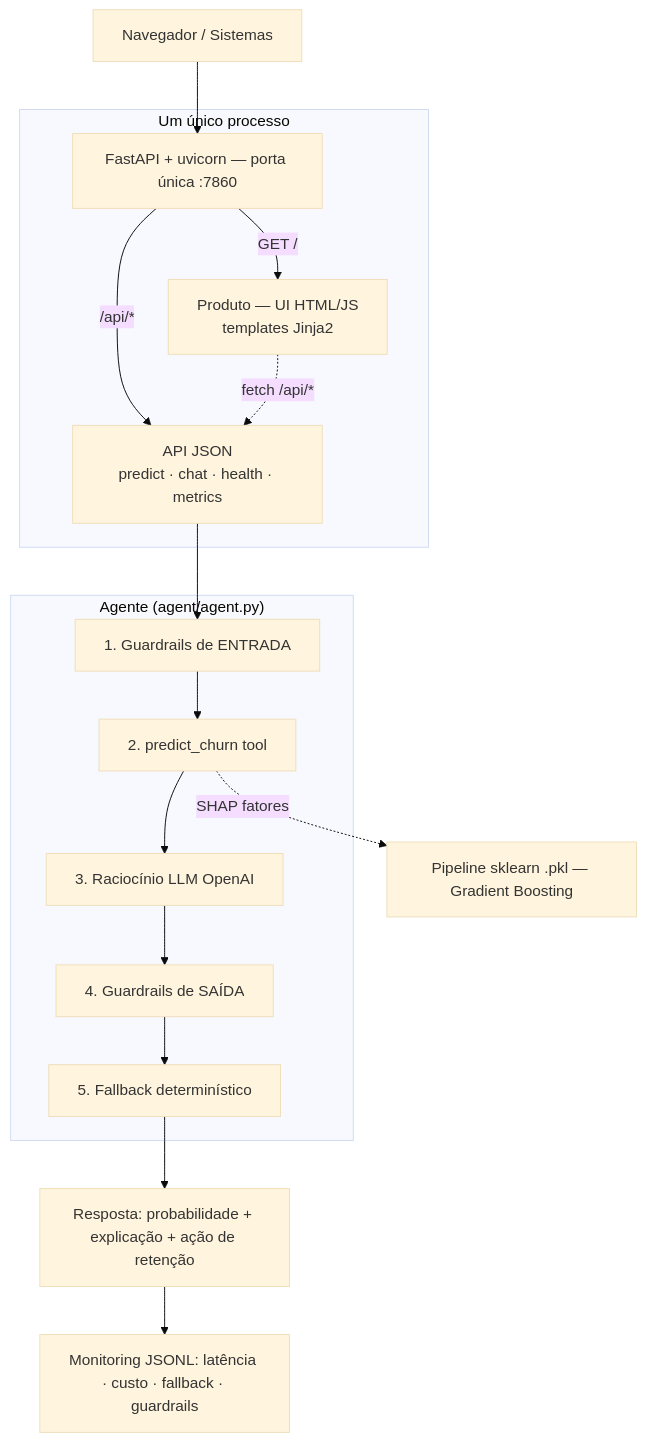
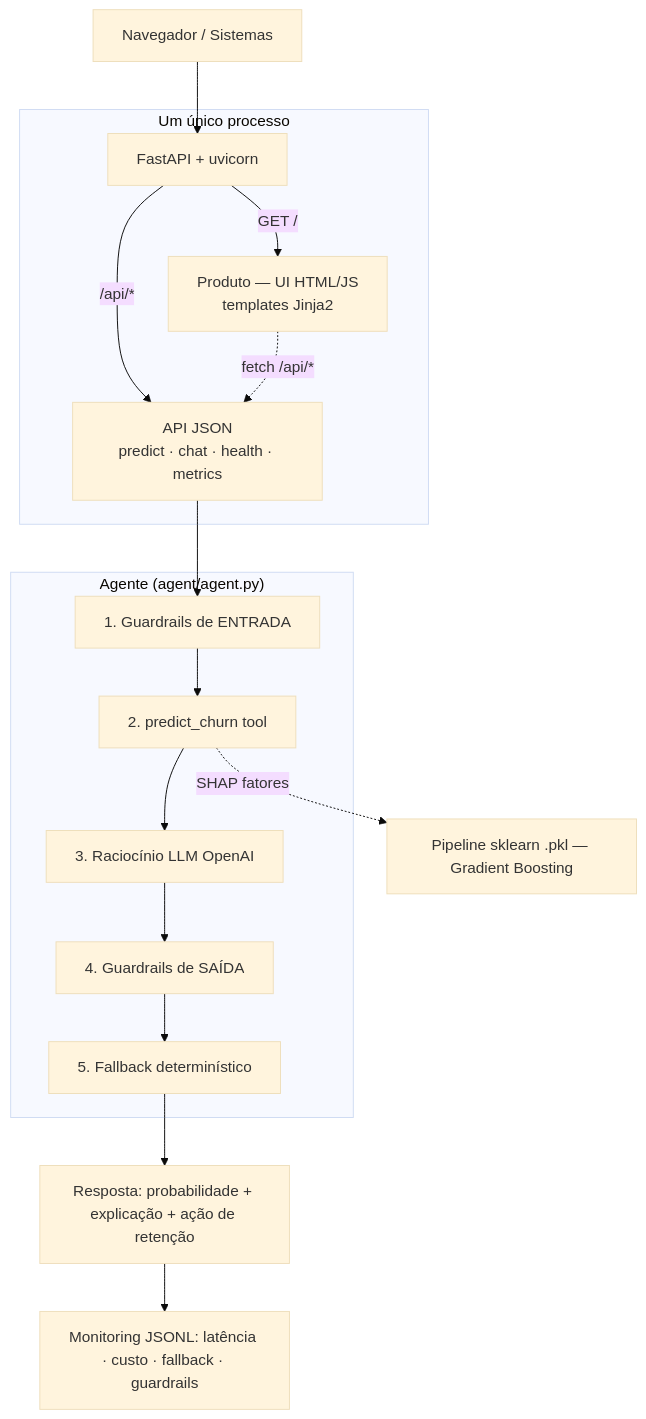
One commit to lcsgborges/churn-predictor changed the first of 3 diagrams in docs/arquitetura.md. Above: the diagram before and after it, drawn with Mermaid (base theme). The commit also changed other lines of this file and 4 other files, not shown here.

````diff
--- a/docs/arquitetura.md
+++ b/docs/arquitetura.md
@@ -5,24 +5,24 @@
 ```mermaid
 flowchart TD
-    Nav[Navegador / Sistemas] --> APP["FastAPI + uvicorn — porta única :7860"]
+    Nav[Navegador / Sistemas] --> APP["FastAPI + uvicorn"]
 
     subgraph proc["Um único processo"]
         APP -->|"GET /"| UI[Produto — UI HTML/JS<br/>templates Jinja2]
         APP -->|"/api/*"| API[API JSON<br/>predict · chat · health · metrics]
     end
 
     UI -. "fetch /api/*" .-> API
     API --> AG
 
     subgraph agente["Agente (agent/agent.py)"]
         AG[1. Guardrails de ENTRADA] --> TOOL[2. predict_churn tool]
         TOOL --> LLM[3. Raciocínio LLM OpenAI]
         LLM --> OUT[4. Guardrails de SAÍDA]
         OUT --> FB[5. Fallback determinístico]
     end
 
     TOOL -.->|SHAP fatores| ML["Pipeline sklearn .pkl — Gradient Boosting"]
 
     FB --> RESP[Resposta: probabilidade + explicação + ação de retenção]
     RESP --> MON["Monitoring JSONL: latência · custo · fallback · guardrails"]
 ```
````
